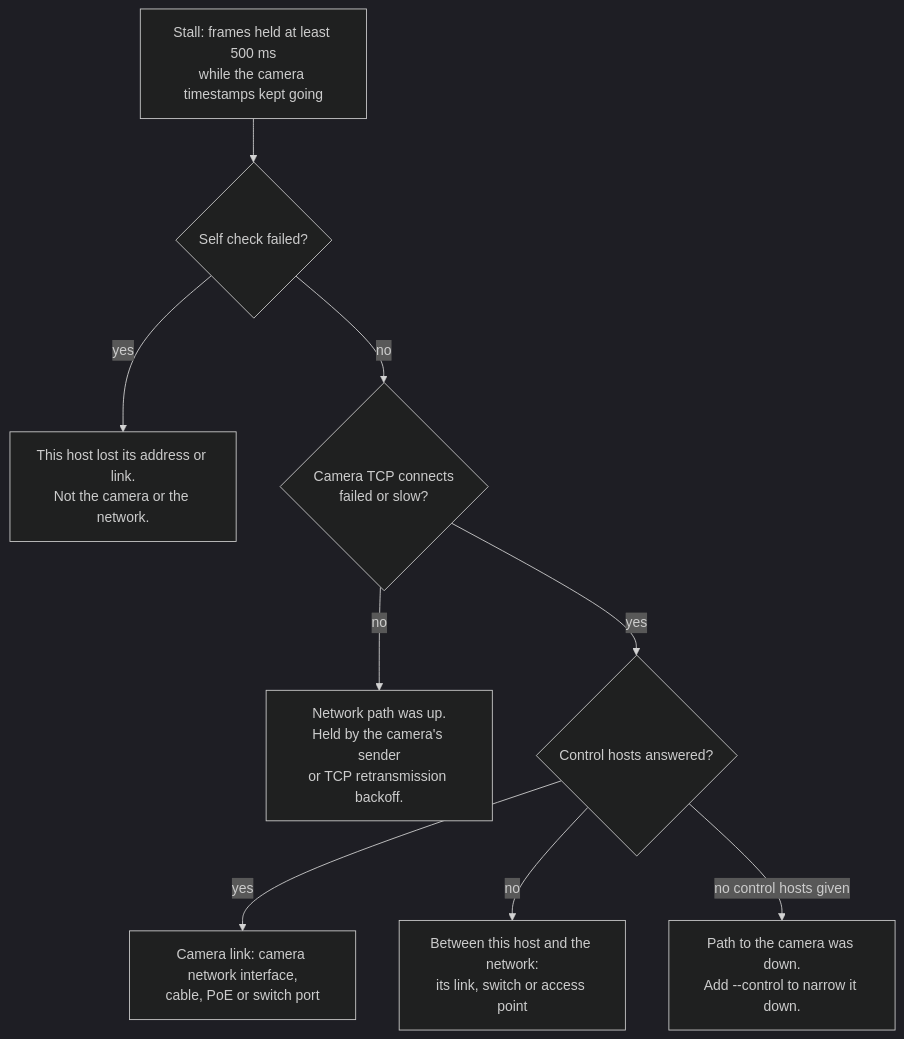
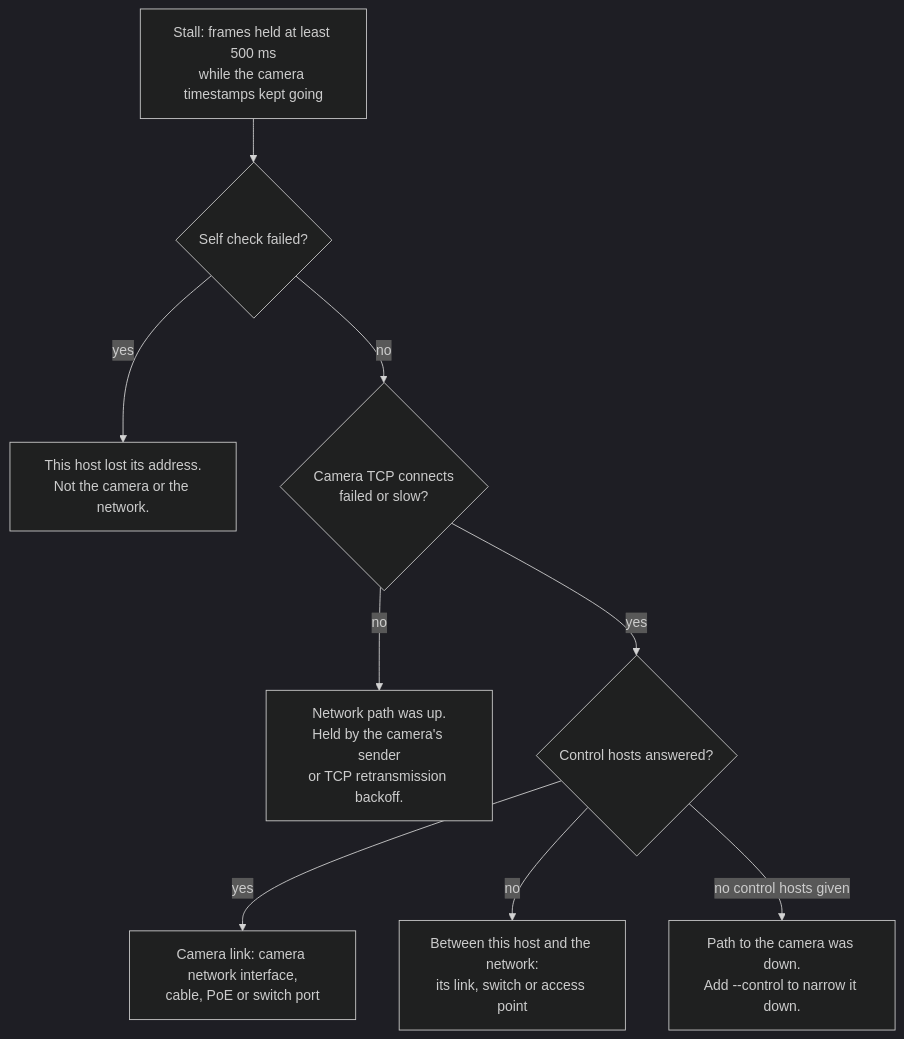
One commit to usdot-fhwa-OPS/V2X-Hub changed the third of 3 diagrams in src/v2i-hub/FLIRCameraDriverPlugin/scripts/README.md. Above: the diagram before and after it, drawn with Mermaid (dark theme). The commit also changed other lines of this file and 4 other files, not shown here.

````diff
--- a/src/v2i-hub/FLIRCameraDriverPlugin/scripts/README.md
+++ b/src/v2i-hub/FLIRCameraDriverPlugin/scripts/README.md
@@ -94,11 +88,11 @@
 ```mermaid
 flowchart TD
     stall["Stall: frames held at least 500 ms<br/>while the camera timestamps kept going"] --> selfq{"Self check failed?"}
-    selfq -- yes --> hostlost["This host lost its address or link.<br/>Not the camera or the network."]
+    selfq -- yes --> hostlost["This host lost its address.<br/>Not the camera or the network."]
     selfq -- no --> camq{"Camera TCP connects<br/>failed or slow?"}
     camq -- no --> sender["Network path was up.<br/>Held by the camera's sender<br/>or TCP retransmission backoff."]
     camq -- yes --> ctlq{"Control hosts answered?"}
     ctlq -- yes --> camlink["Camera link: camera network interface,<br/>cable, PoE or switch port"]
     ctlq -- no --> hostlink["Between this host and the network:<br/>its link, switch or access point"]
     ctlq -- "no control hosts given" --> unknown["Path to the camera was down.<br/>Add --control to narrow it down."]
 ```
````
